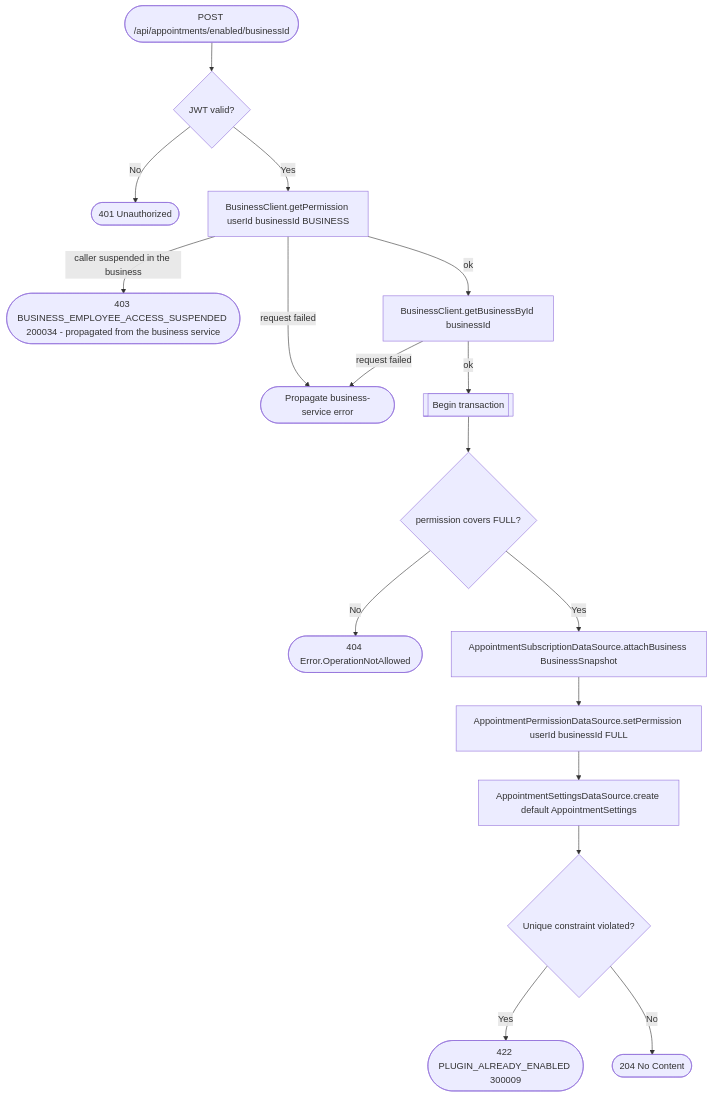
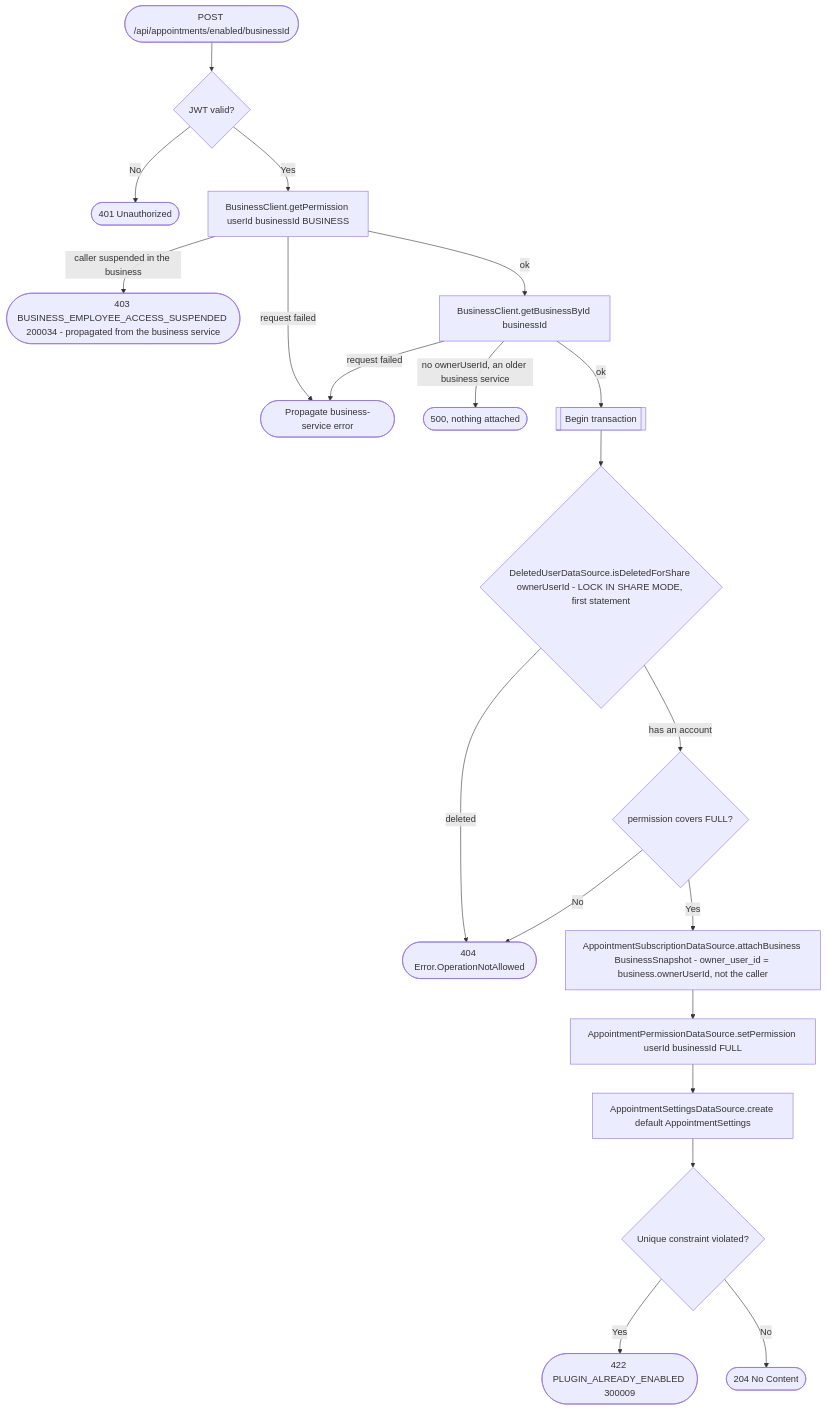
The diagram in docs/operations/appointments/enable-appointments-for-business.md (nocturneproperties/bookkme), drawn with Mermaid before and after one commit. The commit also changed 40 other files, not shown here.

Commit message:
[ISSUE-157] ownerId for appointment service

````diff
--- a/docs/operations/appointments/enable-appointments-for-business.md
+++ b/docs/operations/appointments/enable-appointments-for-business.md
@@ -13,19 +13,22 @@
 ```mermaid
 flowchart TD
     Start([POST /api/appointments/enabled/businessId]) --> Auth{JWT valid?}
     Auth -- No --> R401([401 Unauthorized])
     Auth -- Yes --> GetPerm[BusinessClient.getPermission userId businessId BUSINESS]
     GetPerm -- request failed --> RErr([Propagate business-service error])
     GetPerm -- caller suspended in the business --> R403s([403 BUSINESS_EMPLOYEE_ACCESS_SUSPENDED 200034 - propagated from the business service])
     GetPerm -- ok --> GetBiz[BusinessClient.getBusinessById businessId]
     GetBiz -- request failed --> RErr
+    GetBiz -- no ownerUserId, an older business service --> R500([500, nothing attached])
     GetBiz -- ok --> Tx[[Begin transaction]]
-    Tx --> AssertOwner{permission covers FULL?}
+    Tx --> OwnerGone{"DeletedUserDataSource.isDeletedForShare ownerUserId - LOCK IN SHARE MODE, first statement"}
+    OwnerGone -- deleted --> R404
+    OwnerGone -- has an account --> AssertOwner{permission covers FULL?}
     AssertOwner -- No --> R404([404 Error.OperationNotAllowed])
-    AssertOwner -- Yes --> Attach[AppointmentSubscriptionDataSource.attachBusiness BusinessSnapshot]
+    AssertOwner -- Yes --> Attach["AppointmentSubscriptionDataSource.attachBusiness BusinessSnapshot - owner_user_id = business.ownerUserId, not the caller"]
     Attach --> SetPerm[AppointmentPermissionDataSource.setPermission userId businessId FULL]
     SetPerm --> CreateSettings[AppointmentSettingsDataSource.create default AppointmentSettings]
     CreateSettings --> Constraint{Unique constraint violated?}
     Constraint -- Yes --> R422([422 PLUGIN_ALREADY_ENABLED 300009])
     Constraint -- No --> R204([204 No Content])
 ```
````
